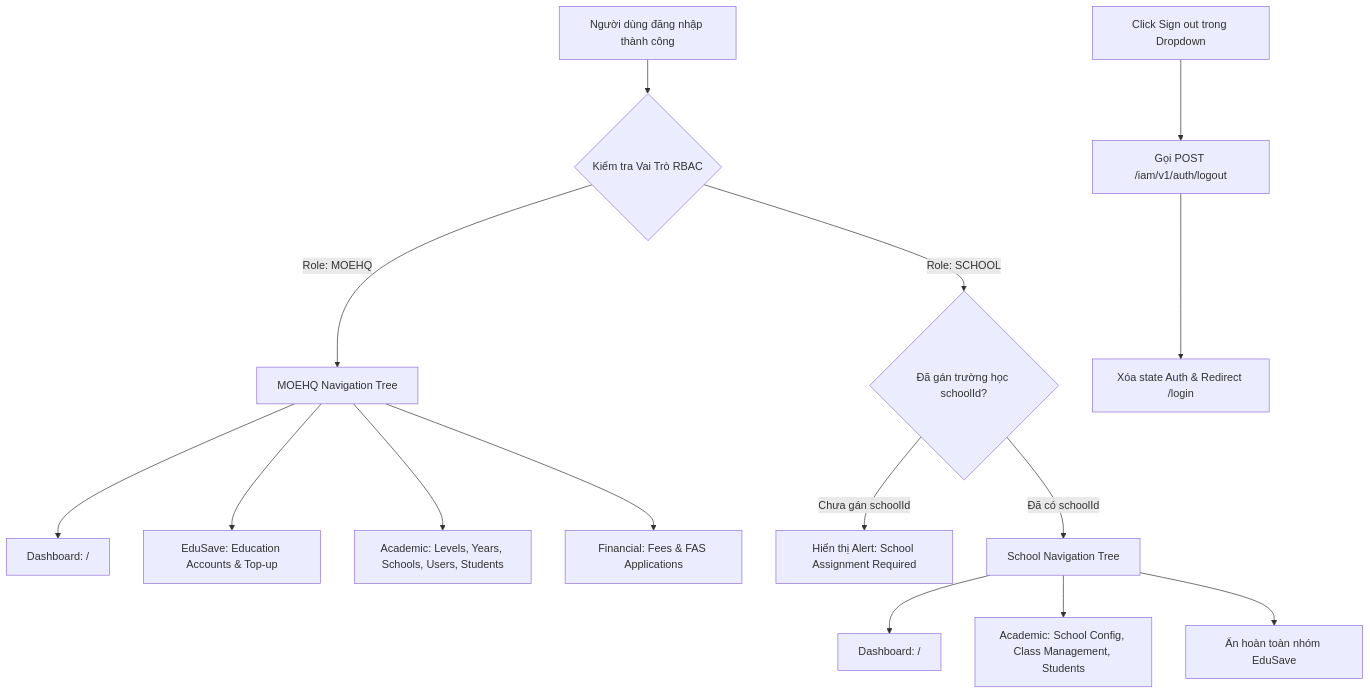
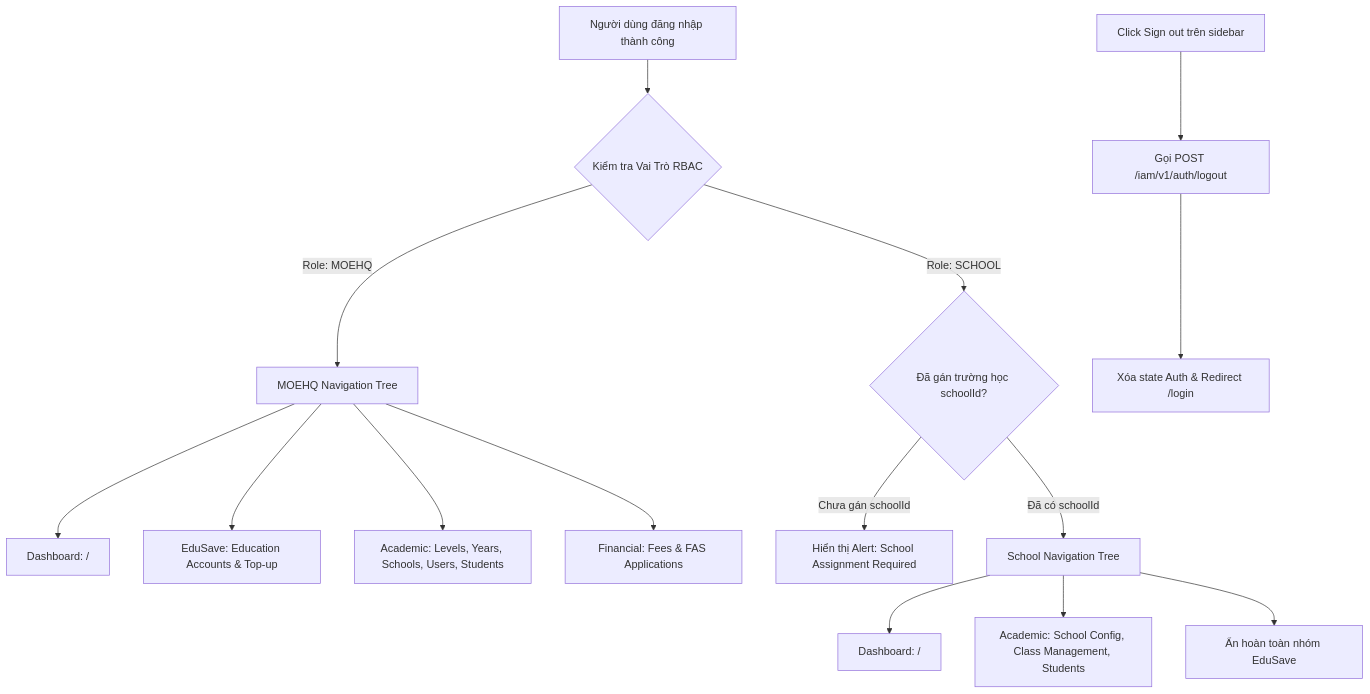
The diagram in specs/ui_bsk/localhost-5173/academic-and-users/02_admin_dashboard_shell.md (kiet-w/qa-automation-ui), drawn with Mermaid before and after one commit. The commit also changed other lines of this file and 373 other files, not shown here.

````diff
--- a/specs/ui_bsk/localhost-5173/academic-and-users/02_admin_dashboard_shell.md
+++ b/specs/ui_bsk/localhost-5173/academic-and-users/02_admin_dashboard_shell.md
@@ -66,20 +68,20 @@
 ```mermaid
 graph TD
     A[Người dùng đăng nhập thành công] --> B{Kiểm tra Vai Trò RBAC}
     
     B -->|Role: MOEHQ| C[MOEHQ Navigation Tree]
     C --> C1[Dashboard: /]
     C --> C2[EduSave: Education Accounts & Top-up]
     C --> C3[Academic: Levels, Years, Schools, Users, Students]
     C --> C4[Financial: Fees & FAS Applications]
 
     B -->|Role: SCHOOL| D{Đã gán trường học schoolId?}
     D -->|Chưa gán schoolId| D1[Hiển thị Alert: School Assignment Required]
     D -->|Đã có schoolId| D2[School Navigation Tree]
     D2 --> D3[Dashboard: /]
     D2 --> D4[Academic: School Config, Class Management, Students]
     D2 --> D5[Ẩn hoàn toàn nhóm EduSave]
 
-    UserSignOut[Click Sign out trong Dropdown] --> CallLogoutAPI[Gọi POST /iam/v1/auth/logout]
+    UserSignOut[Click Sign out trên sidebar] --> CallLogoutAPI[Gọi POST /iam/v1/auth/logout]
     CallLogoutAPI --> ClearSession[Xóa state Auth & Redirect /login]
 ```
````
